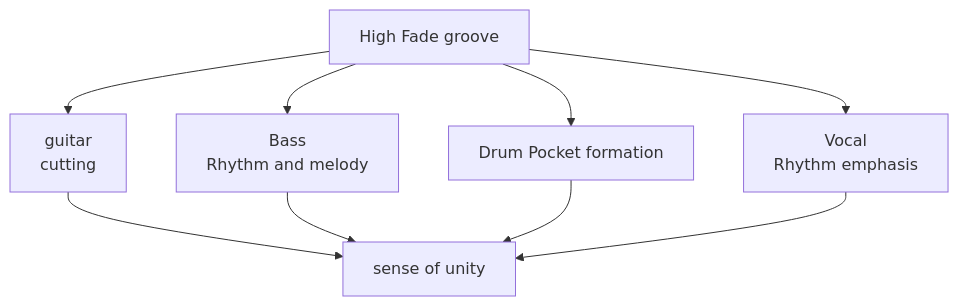
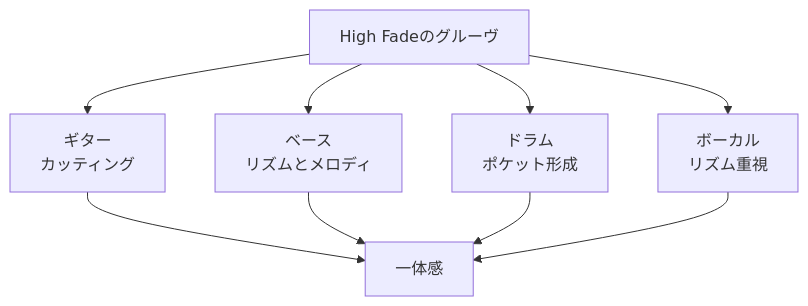
Before and after one commit to monumental-movement/monumental-movement.github.io: the third of 16 diagrams in en/_posts/2026-08-04-column-high-fade.md, drawn with Mermaid. The commit also changed other lines of this file and 2196 other files, not shown here.

```diff
--- a/en/_posts/2026-08-04-column-high-fade.md
+++ b/en/_posts/2026-08-04-column-high-fade.md
@@ -447,14 +446,14 @@
 <div class="mermaid">
 graph TD
-A[High Fade groove]
+A[High Fadeのグルーヴ]
 
-A --> B[guitar<br/>cutting]
-A --> C[Bass<br/>Rhythm and melody]
-A --> D[Drum Pocket formation]
-A --> E[Vocal<br/>Rhythm emphasis]
+A --> B[ギター<br/>カッティング]
+A --> C[ベース<br/>リズムとメロディ]
+A --> D[ドラム<br/>ポケット形成]
+A --> E[ボーカル<br/>リズム重視]
 
-B --> F[sense of unity]
+B --> F[一体感]
 C --> F
 D --> F
 E --> F
 </div>
```
